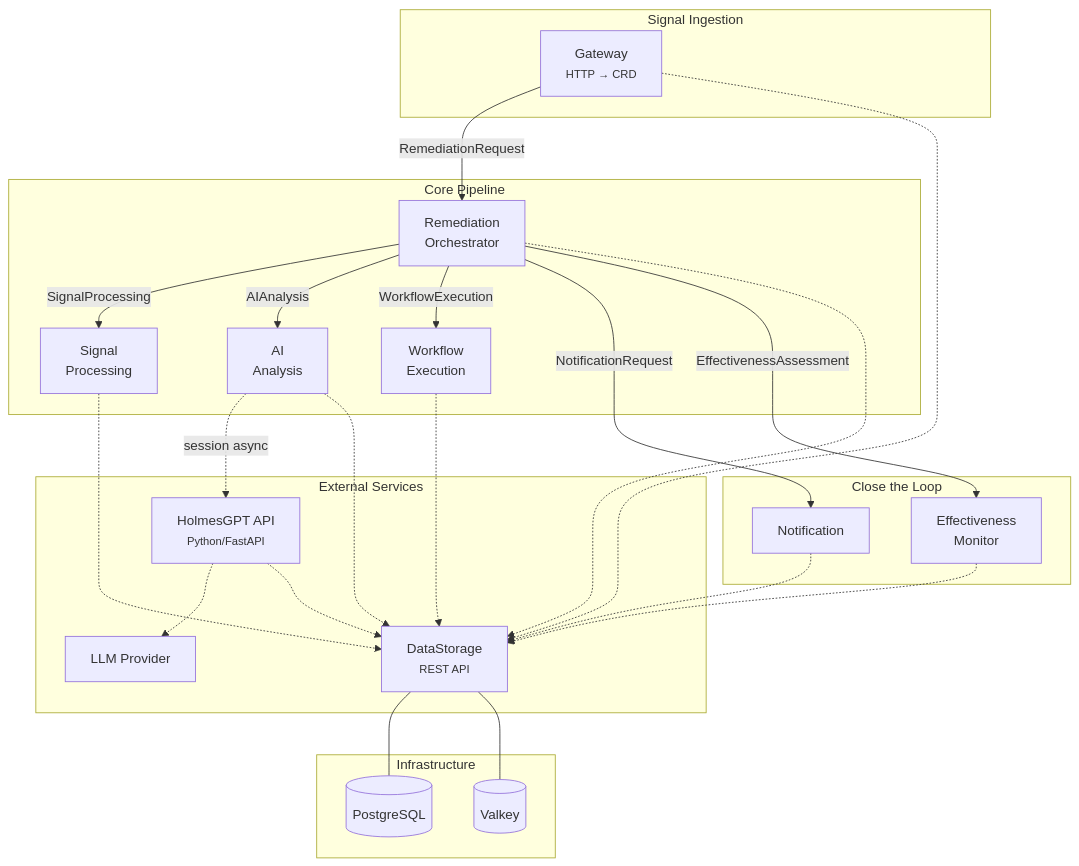
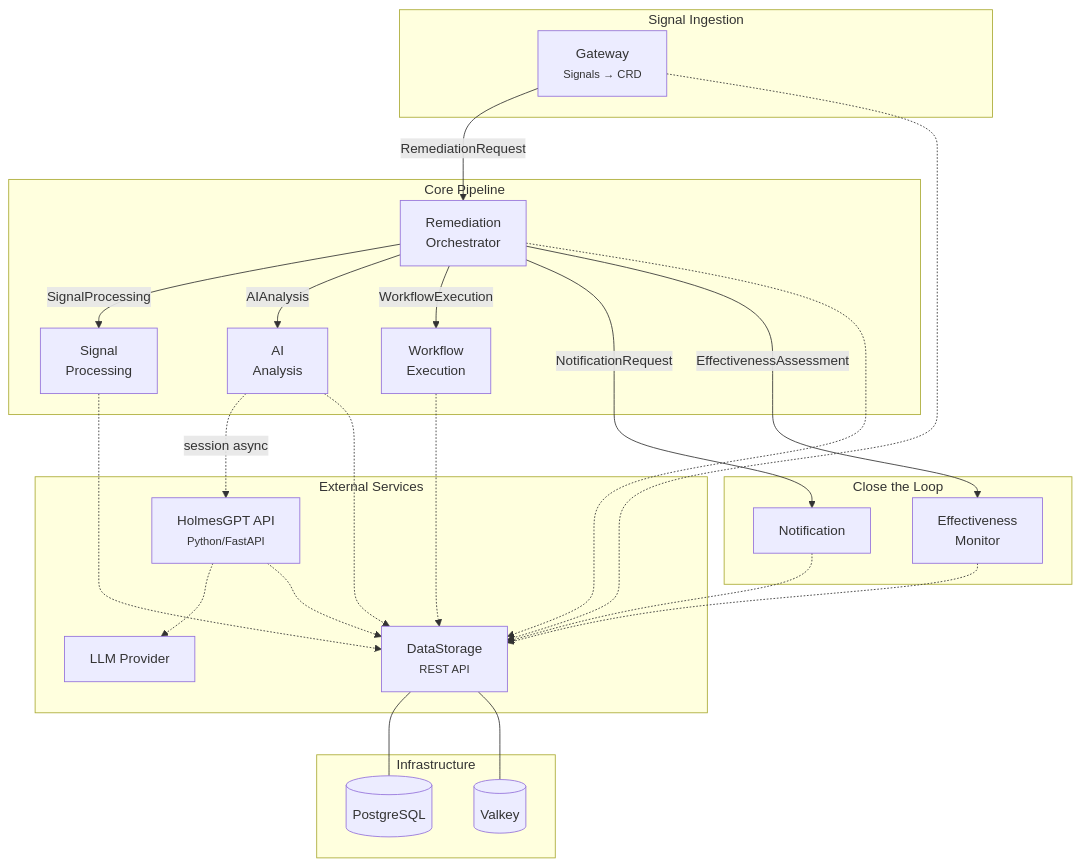
Before and after one commit to jordigilh/kubernaut-docs: the diagram in docs/architecture/overview.md, drawn with Mermaid. The commit also changed other lines of this file and 13 other files, not shown here.

````diff
--- a/docs/architecture/overview.md
+++ b/docs/architecture/overview.md
@@ -55,51 +55,51 @@
 ```mermaid
 graph TB
     subgraph Ingress["Signal Ingestion"]
-        GW[Gateway<br/><small>HTTP → CRD</small>]
+        GW[Gateway<br/><small>Signals → CRD</small>]
     end
 
     subgraph Core["Core Pipeline"]
         RO[Remediation<br/>Orchestrator]
         SP[Signal<br/>Processing]
         AA[AI<br/>Analysis]
         WE[Workflow<br/>Execution]
     end
 
     subgraph Closing["Close the Loop"]
         NF[Notification]
         EM[Effectiveness<br/>Monitor]
     end
 
     subgraph External["External Services"]
         HAPI[HolmesGPT API<br/><small>Python/FastAPI</small>]
         DS[DataStorage<br/><small>REST API</small>]
         LLM[LLM Provider]
     end
 
     subgraph Infra["Infrastructure"]
         PG[(PostgreSQL)]
         RD[(Valkey)]
     end
 
     GW -->|RemediationRequest| RO
     RO -->|SignalProcessing| SP
     RO -->|AIAnalysis| AA
     RO -->|WorkflowExecution| WE
     RO -->|NotificationRequest| NF
     RO -->|EffectivenessAssessment| EM
 
     AA -.->|session async| HAPI
     HAPI -.-> LLM
     HAPI -.-> DS
 
     SP -.-> DS
     AA -.-> DS
     WE -.-> DS
     NF -.-> DS
     EM -.-> DS
     RO -.-> DS
     GW -.-> DS
 
     DS --- PG
     DS --- RD
 ```
````
